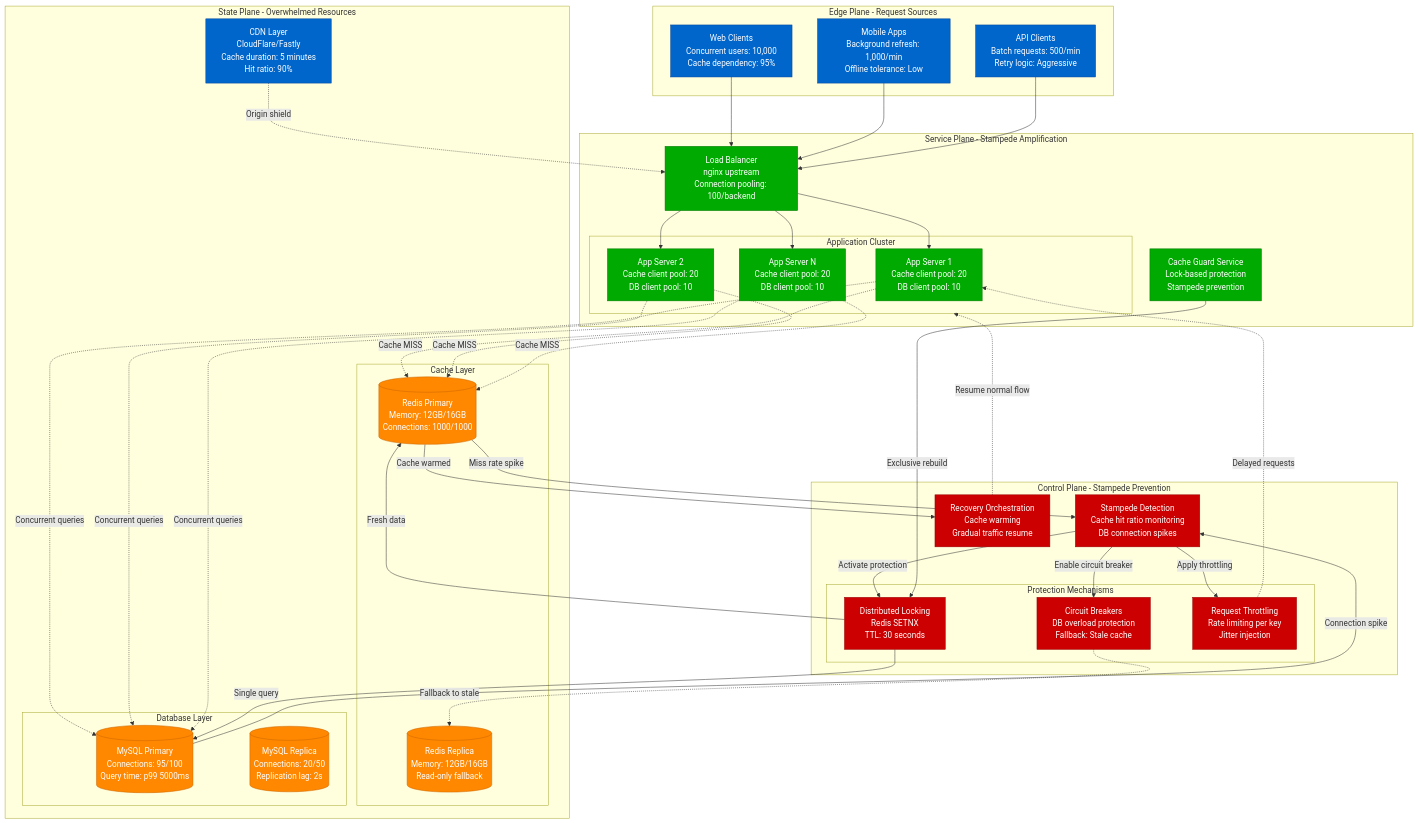
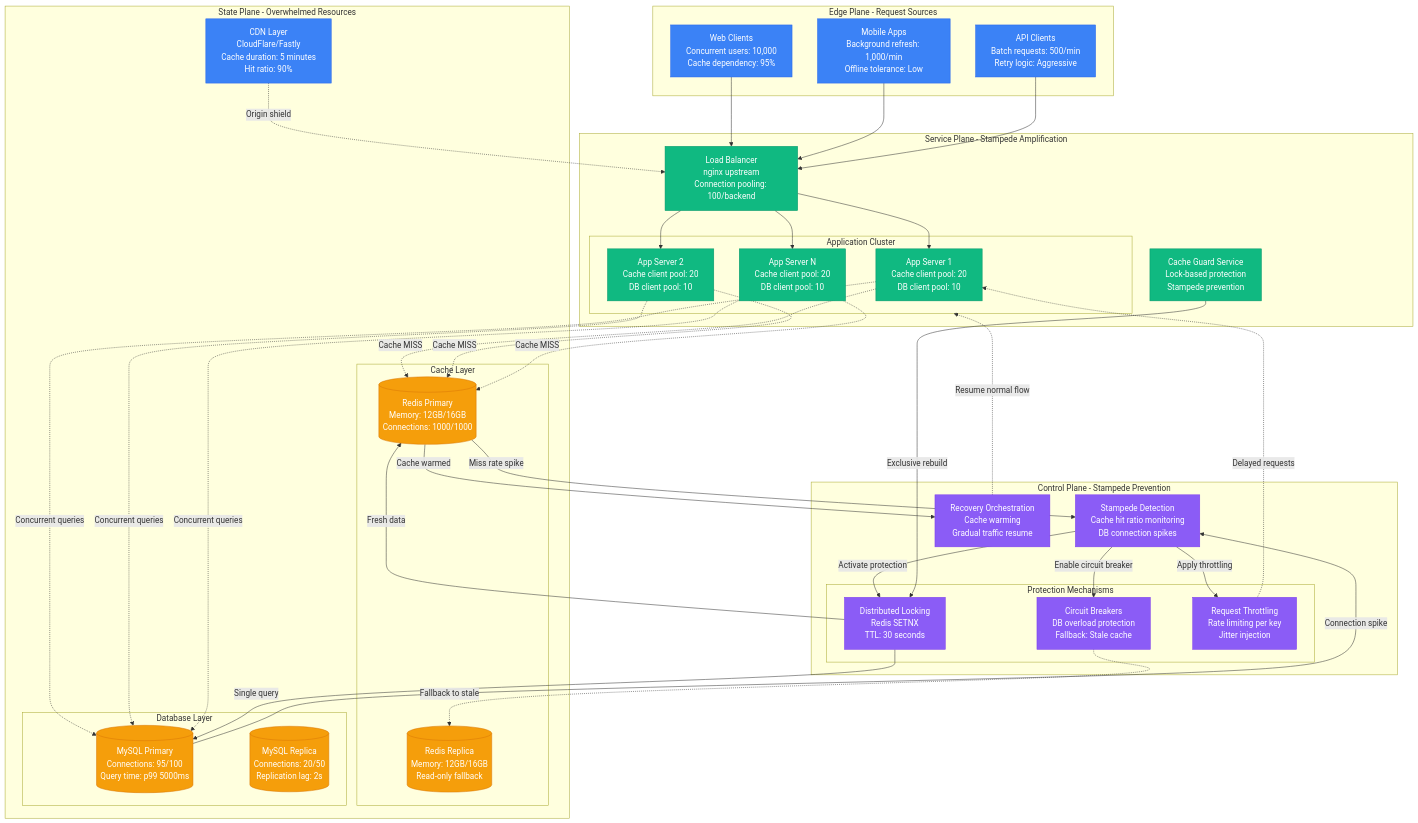
Before and after one commit to deepaucksharma/DS: the diagram in site/docs/incidents/response-patterns/cascading-failures/cache-stampede-response.md, drawn with Mermaid. The commit also changed 303 other files, not shown here.

```diff
--- a/site/docs/incidents/response-patterns/cascading-failures/cache-stampede-response.md
+++ b/site/docs/incidents/response-patterns/cascading-failures/cache-stampede-response.md
@@ -96,11 +96,11 @@
     CDN -.->|"Origin shield"| LB
 
     %% 4-plane styling
-    classDef edgeStyle fill:#0066CC,stroke:#004499,color:#fff
-    classDef serviceStyle fill:#00AA00,stroke:#007700,color:#fff
-    classDef stateStyle fill:#FF8800,stroke:#CC6600,color:#fff
-    classDef controlStyle fill:#CC0000,stroke:#990000,color:#fff
-    classDef dangerStyle fill:#FF0000,stroke:#CC0000,color:#fff
+    classDef edgeStyle fill:#3B82F6,stroke:#2563EB,color:#fff
+    classDef serviceStyle fill:#10B981,stroke:#059669,color:#fff
+    classDef stateStyle fill:#F59E0B,stroke:#D97706,color:#fff
+    classDef controlStyle fill:#8B5CF6,stroke:#7C3AED,color:#fff
+    classDef dangerStyle fill:#FF0000,stroke:#8B5CF6,color:#fff
 
     class WEB,MOBILE,API,CDN edgeStyle
     class LB,APP1,APP2,APP3,CACHE_GUARD serviceStyle
```
